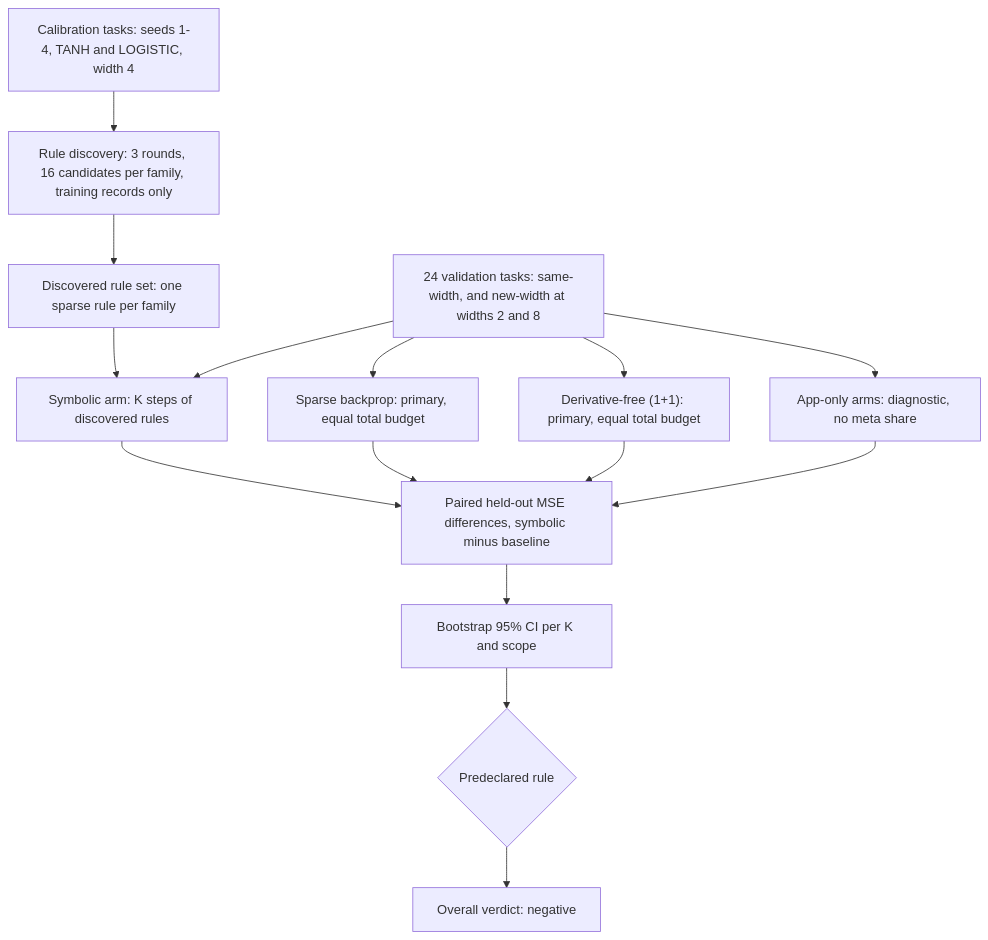
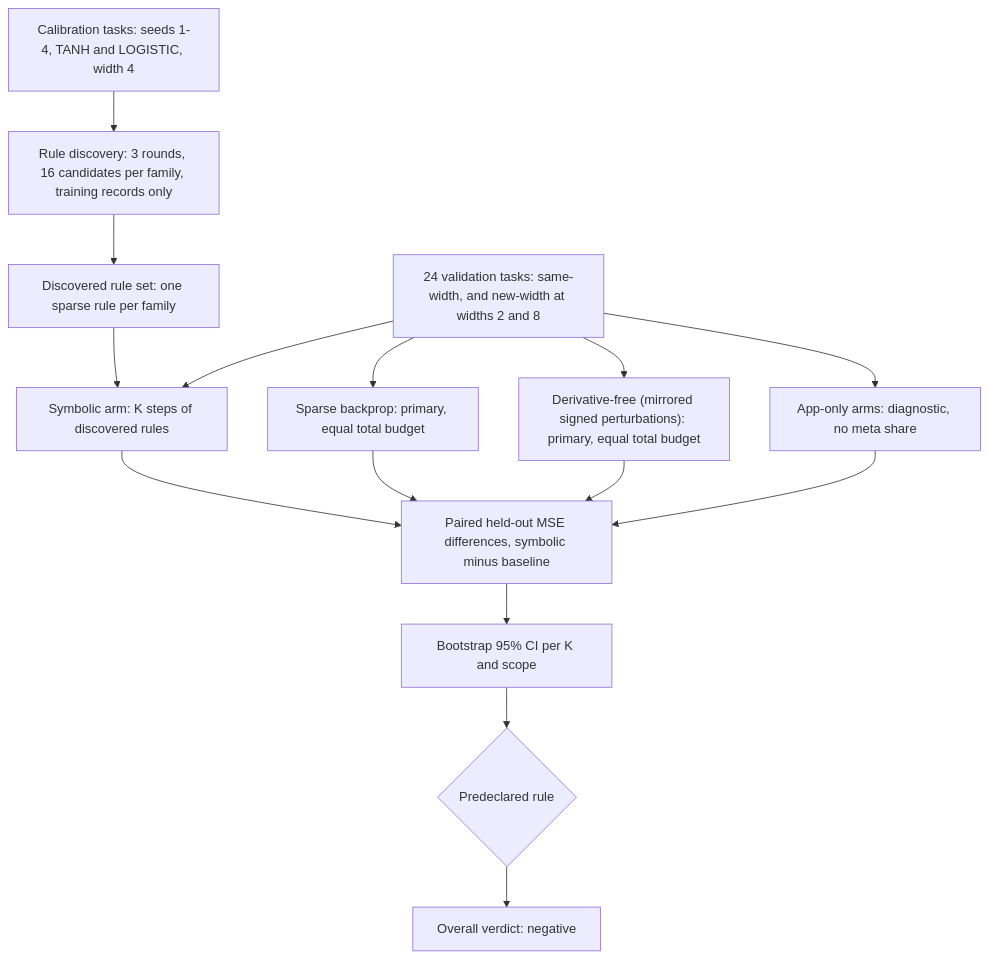
Before and after one commit to stSoftwareAU/NEAT-AI-Lamarck: the diagram in docs/local-rules.md, drawn with Mermaid. The commit also changed other lines of this file and 6 other files, not shown here.

Commit message:
Local-rules: record source commit, reuse mirrored signed perturbations, trim re-exports (issue #268)

````diff
--- a/docs/local-rules.md
+++ b/docs/local-rules.md
@@ -249,17 +255,17 @@
 ```mermaid
 flowchart TD
     A["Calibration tasks: seeds 1-4, TANH and LOGISTIC, width 4"] --> B["Rule discovery: 3 rounds, 16 candidates per family, training records only"]
     B --> C["Discovered rule set: one sparse rule per family"]
     D["24 validation tasks: same-width, and new-width at widths 2 and 8"] --> E["Symbolic arm: K steps of discovered rules"]
     D --> F["Sparse backprop: primary, equal total budget"]
-    D --> G["Derivative-free (1+1): primary, equal total budget"]
+    D --> G["Derivative-free (mirrored signed perturbations): primary, equal total budget"]
     D --> H["App-only arms: diagnostic, no meta share"]
     C --> E
     E --> I["Paired held-out MSE differences, symbolic minus baseline"]
     F --> I
     G --> I
     H --> I
     I --> J["Bootstrap 95% CI per K and scope"]
     J --> L{"Predeclared rule"}
     L --> M["Overall verdict: negative"]
 ```
````
